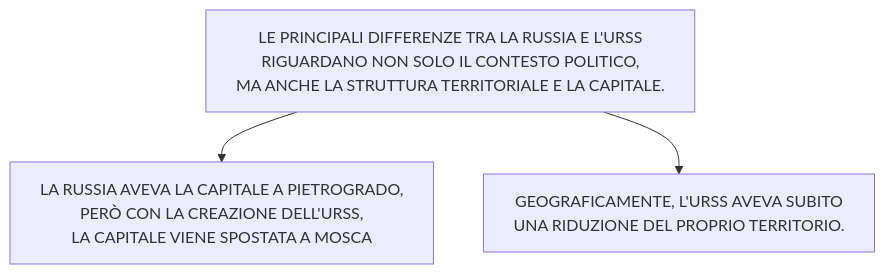
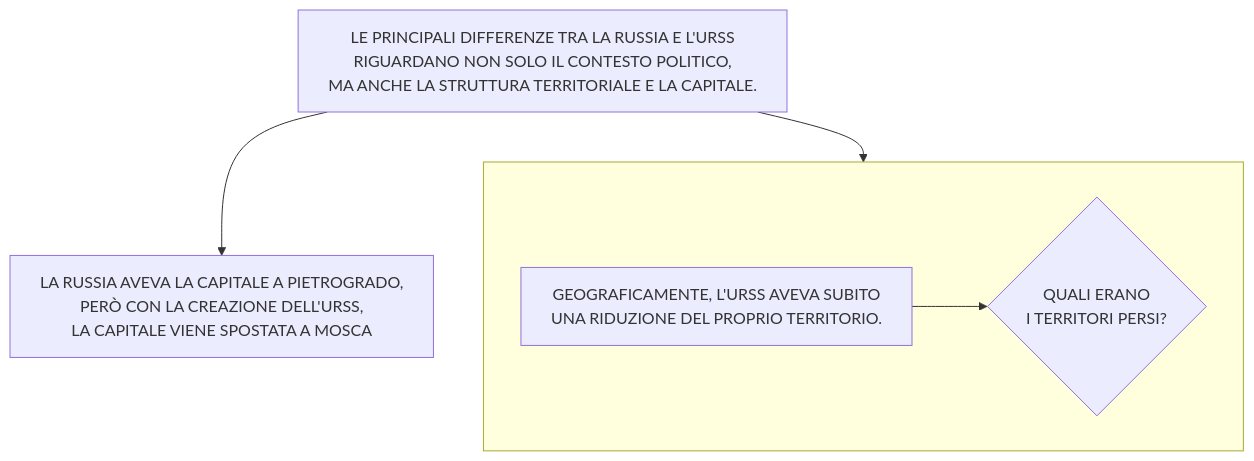
Diagram 13 of 13 in stalinismoRiscrittura.md (Laaouatni/ricerca-storia-MermaidJS), drawn with Mermaid before and after one commit.

````diff
--- a/stalinismoRiscrittura.md
+++ b/stalinismoRiscrittura.md
@@ -243,8 +243,14 @@
 ```mermaid
 %%{init: { "flowchart": { "wrappingWidth": 800 } }}%%
 flowchart TB
   0[LE PRINCIPALI DIFFERENZE TRA LA RUSSIA E L'URSS <br> RIGUARDANO NON SOLO IL CONTESTO POLITICO, <br>MA ANCHE LA STRUTTURA TERRITORIALE E LA CAPITALE.]
   1[LA RUSSIA AVEVA LA CAPITALE A PIETROGRADO, <BR>PERÒ CON LA CREAZIONE DELL'URSS, <BR>LA CAPITALE VIENE SPOSTATA A MOSCA]
-  2[GEOGRAFICAMENTE, L'URSS AVEVA SUBITO <BR>UNA RIDUZIONE DEL PROPRIO TERRITORIO.]
-  0 --> 1 & 2
+  subgraph 3[" "]
+    2[GEOGRAFICAMENTE, L'URSS AVEVA SUBITO <BR>UNA RIDUZIONE DEL PROPRIO TERRITORIO.]
+    4{QUALI ERANO <br> I TERRITORI PERSI?}
+    2 --> 4
+    
+  end
+  
+  0 --> 1 & 3
 ```
````
